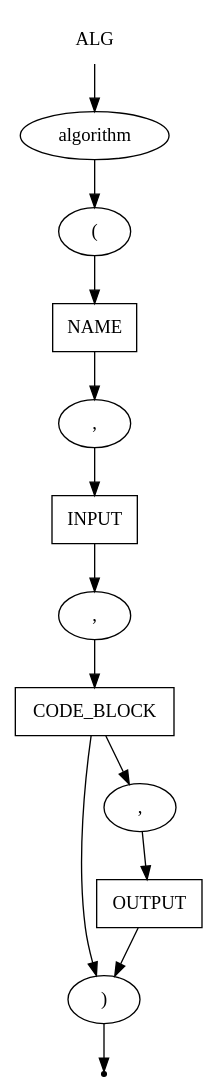
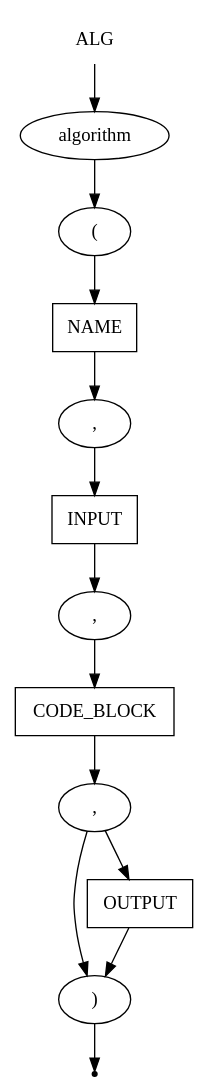
The diagram in src/PSADParser/grammar/alg.gv (IMZolin/PSAD), drawn with Graphviz before and after one commit.

Commit message:
Fixed grammar for alg

```diff
--- a/src/PSADParser/grammar/alg.gv
+++ b/src/PSADParser/grammar/alg.gv
@@ -1,28 +1,28 @@
 digraph ALG {
     start [label=ALG shape=plaintext]
     algorithm [label=algorithm shape=oval]
     br_open [label="(" shape=oval]
     br_close [label=")" shape=oval]
     name [label=NAME shape=box]
     comma_1 [label="," shape=oval]
     comma_2 [label="," shape=oval]
     comma_3 [label="," shape=oval]
     name [label=NAME shape=box]
     input [label=INPUT shape=box]
     code_block [label=CODE_BLOCK shape=box]
     output [label=OUTPUT shape=box]
     end [label="" shape=point]
 
     start -> algorithm
     algorithm -> br_open
     br_open -> name
     name -> comma_1
     comma_1 -> input
     input -> comma_2
     comma_2 -> code_block
     code_block -> comma_3
     comma_3 -> output
     output -> br_close
-    code_block -> br_close
+    comma_3 -> br_close
     br_close -> end
 }
```
